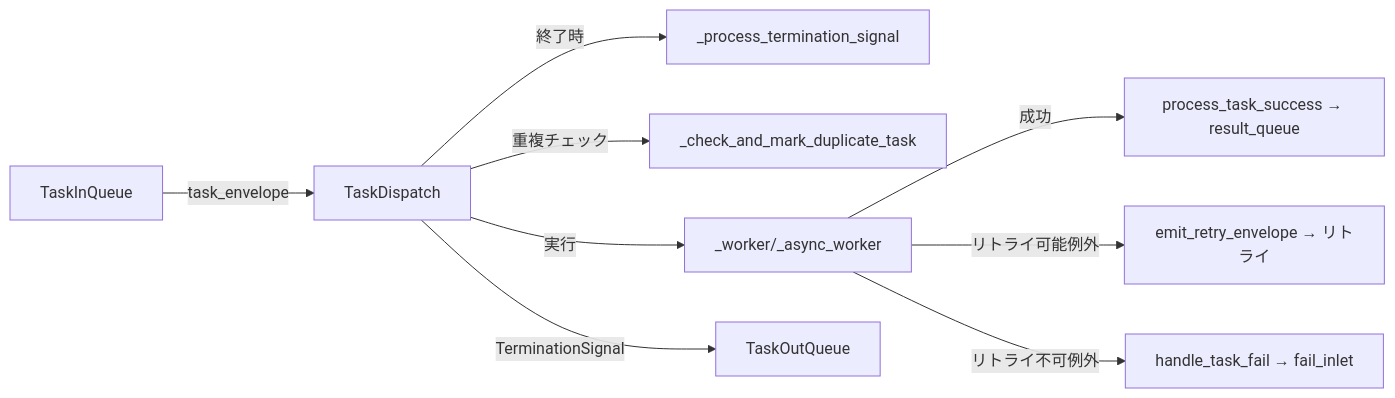
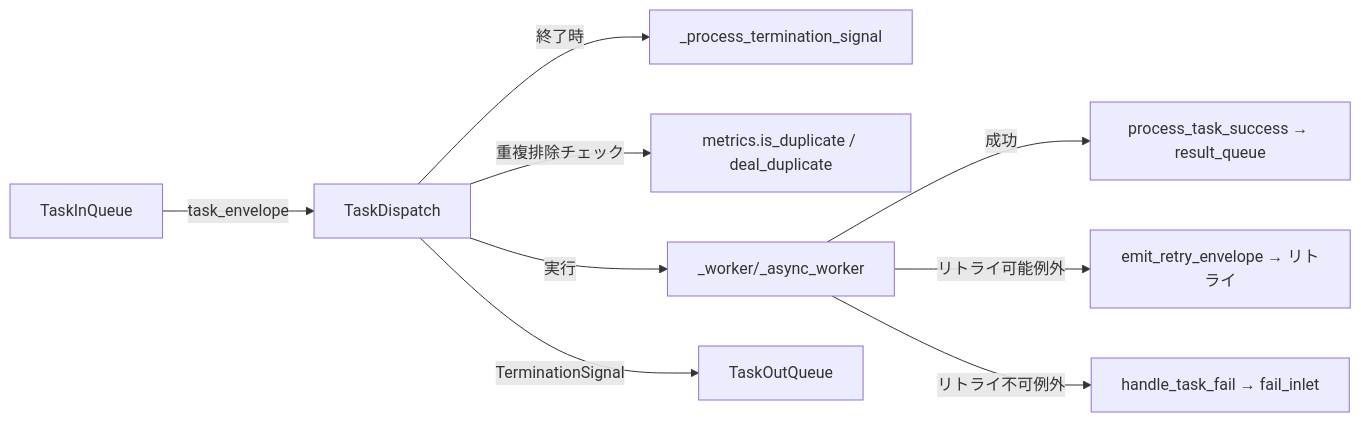
Before and after one commit to Mr-xiaotian/CelestialFlow: the first of 2 diagrams in docs/ja/src/runtime/core_dispatch.md, drawn with Mermaid. The commit also changed other lines of this file and 278 other files, not shown here.

````diff
--- a/docs/ja/src/runtime/core_dispatch.md
+++ b/docs/ja/src/runtime/core_dispatch.md
@@ -127,11 +130,11 @@
 ```mermaid
 flowchart LR
     TQ[TaskInQueue] -->|task_envelope| DISPATCH[TaskDispatch]
     DISPATCH -->|終了時| PROC[_process_termination_signal]
-    DISPATCH -->|重複チェック| DUP[_check_and_mark_duplicate_task]
+    DISPATCH -->|重複排除チェック| DUP[metrics.is_duplicate / deal_duplicate]
     DISPATCH -->|実行| WORKER[_worker/_async_worker]
     WORKER -->|成功| SUCCESS[process_task_success → result_queue]
     WORKER -->|リトライ可能例外| RETRY[emit_retry_envelope → リトライ]
     WORKER -->|リトライ不可例外| FAIL[handle_task_fail → fail_inlet]
     DISPATCH -->|TerminationSignal| RQ[TaskOutQueue]
 ```
````
